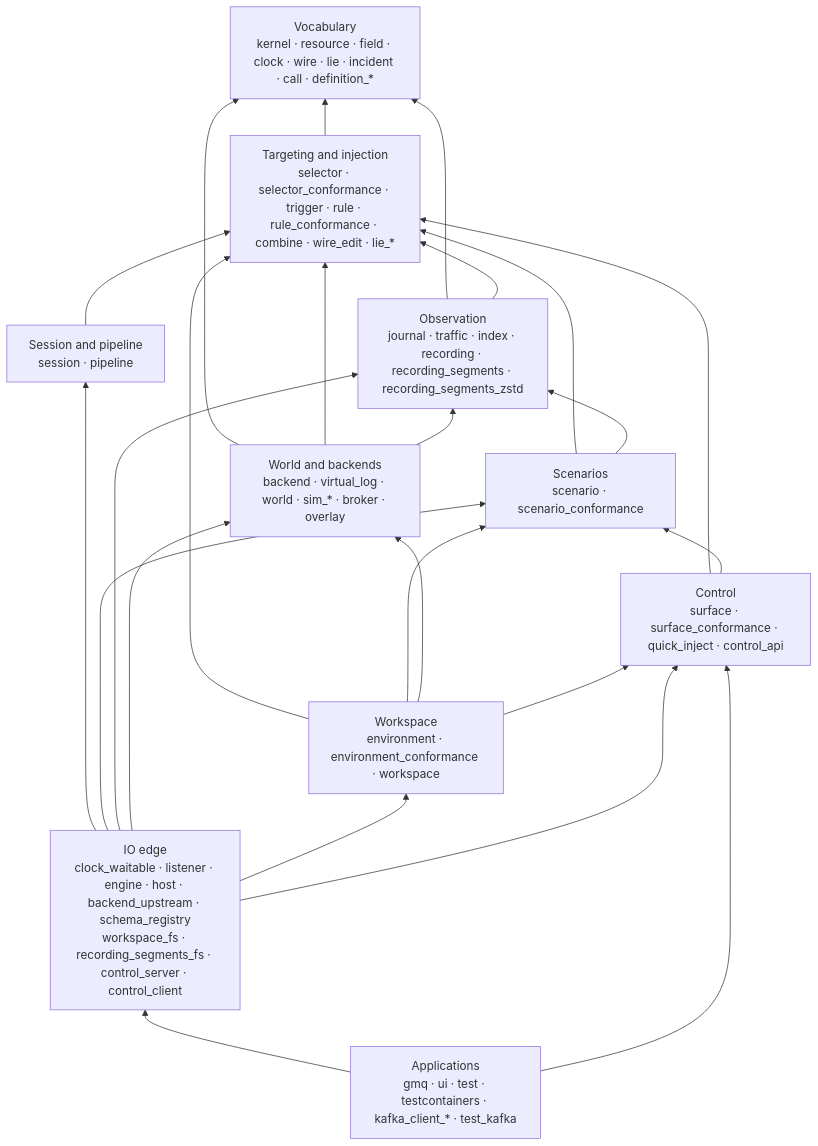
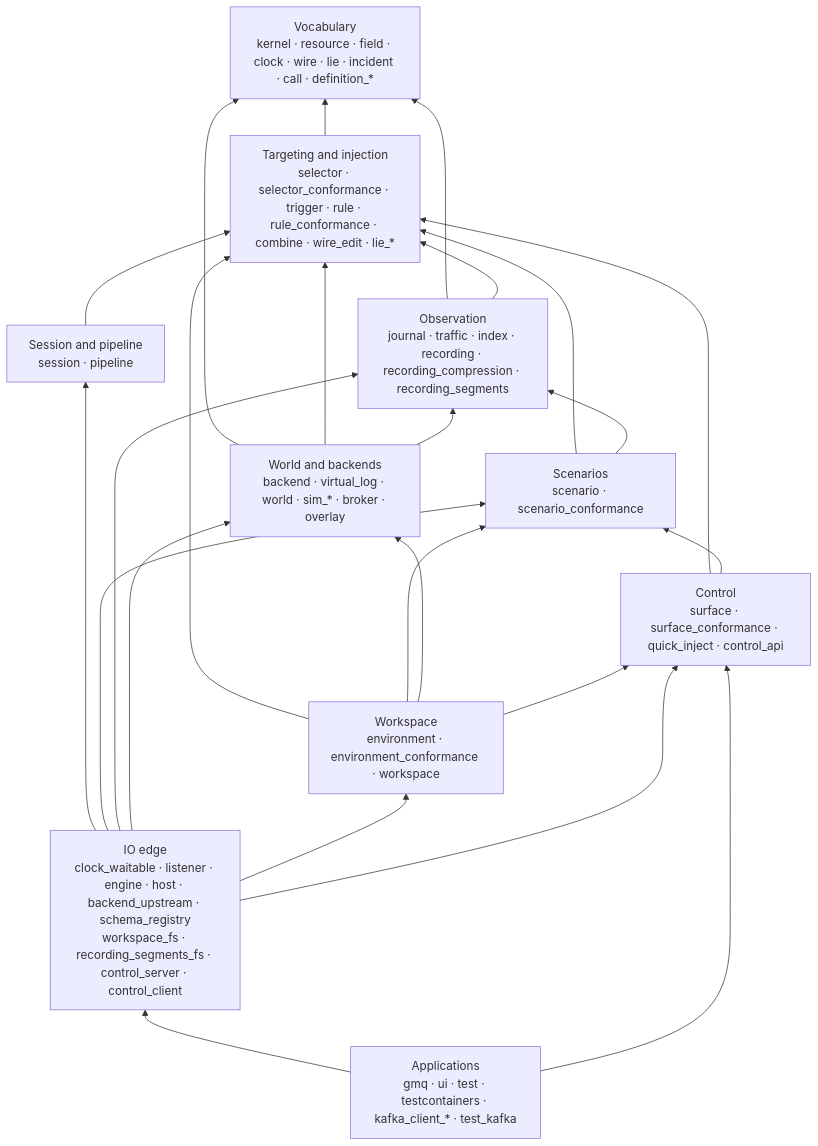
The diagram in docs/specs/architecture/crates.md (cruxy-eu/gaslightmq), drawn with Mermaid before and after one commit. The commit also changed other lines of this file and 45 other files, not shown here.

````diff
--- a/docs/specs/architecture/crates.md
+++ b/docs/specs/architecture/crates.md
@@ -258,37 +258,37 @@
 ```mermaid
 flowchart BT
   V["Vocabulary<br/>kernel · resource · field · clock · wire · lie · incident · call · definition_*"]
   T["Targeting and injection<br/>selector · selector_conformance · trigger · rule · rule_conformance · combine · wire_edit · lie_*"]
   P["Session and pipeline<br/>session · pipeline"]
   S["Scenarios<br/>scenario · scenario_conformance"]
-  O["Observation<br/>journal · traffic · index · recording · recording_segments · recording_segments_zstd"]
+  O["Observation<br/>journal · traffic · index · recording · recording_compression · recording_segments"]
   W["World and backends<br/>backend · virtual_log · world · sim_* · broker · overlay"]
   F["Workspace<br/>environment · environment_conformance · workspace"]
   C["Control<br/>surface · surface_conformance · quick_inject · control_api"]
   IO["IO edge<br/>clock_waitable · listener · engine · host · backend_upstream · schema_registry<br/>workspace_fs · recording_segments_fs · control_server · control_client"]
   A["Applications<br/>gmq · ui · test · testcontainers · kafka_client_* · test_kafka"]
 
   T --> V
   P --> T
   S --> T
   S --> O
   O --> V
   O --> T
   W --> V
   W --> T
   W --> O
   F --> T
   F --> S
   F --> W
   F --> C
   C --> T
   C --> S
   IO --> P
   IO --> S
   IO --> O
   IO --> W
   IO --> F
   IO --> C
   A --> IO
   A --> C
 ```
````
